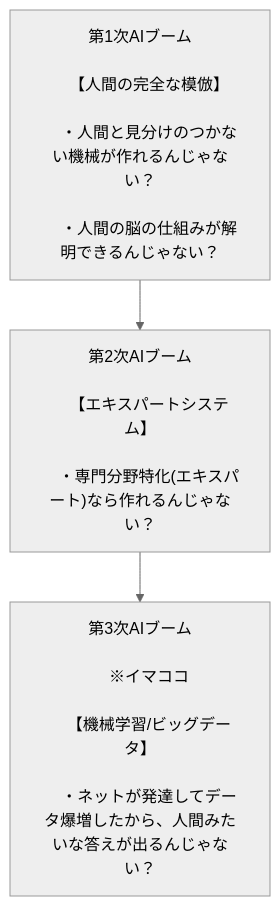
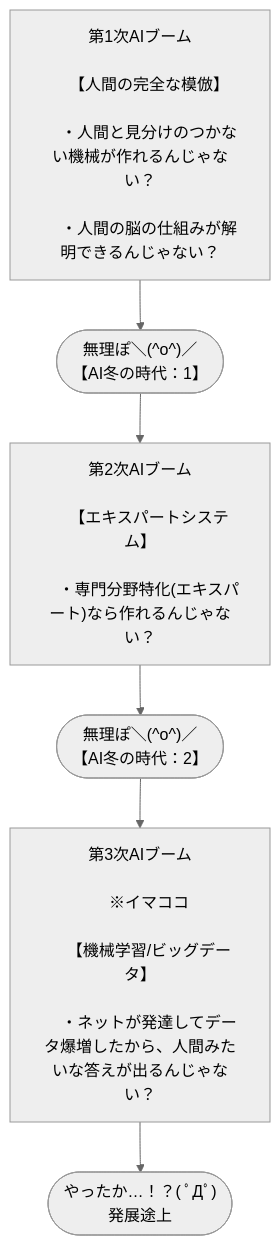
One commit to 96ENU-kuroinu/Vtuber2-md changed the first of 5 diagrams in document/ai.md. Above: the diagram before and after it, drawn with Mermaid (neutral theme). The commit also changed other lines of this file, not shown here.

````diff
--- a/document/ai.md
+++ b/document/ai.md
@@ -11,16 +11,19 @@
     ```mermaid
     graph TD
     AI1["第1次AIブーム<br>
         【人間の完全な模倣】<br>
         ・人間と見分けのつかない機械が作れるんじゃない？<br>
         ・人間の脳の仕組みが解明できるんじゃない？"]
     AI2["第2次AIブーム<br>
         【エキスパートシステム】<br>
         ・専門分野特化(エキスパート)なら作れるんじゃない？"]
     AI3["第3次AIブーム<br>
         ※イマココ<br>
         【機械学習/ビッグデータ】<br>
         ・ネットが発達してデータ爆増したから、人間みたいな答えが出るんじゃない？"]
+    失敗1(["無理ぽ＼(^o^)／<br>【AI冬の時代：1】"])
+    失敗2(["無理ぽ＼(^o^)／<br>【AI冬の時代：2】"])
+    途中(["やったか…！？( ﾟДﾟ)<br>発展途上"])
 
-    AI1-->AI2-->AI3
+    AI1-->失敗1-->AI2-->失敗2-->AI3-->途中
     ```
````
